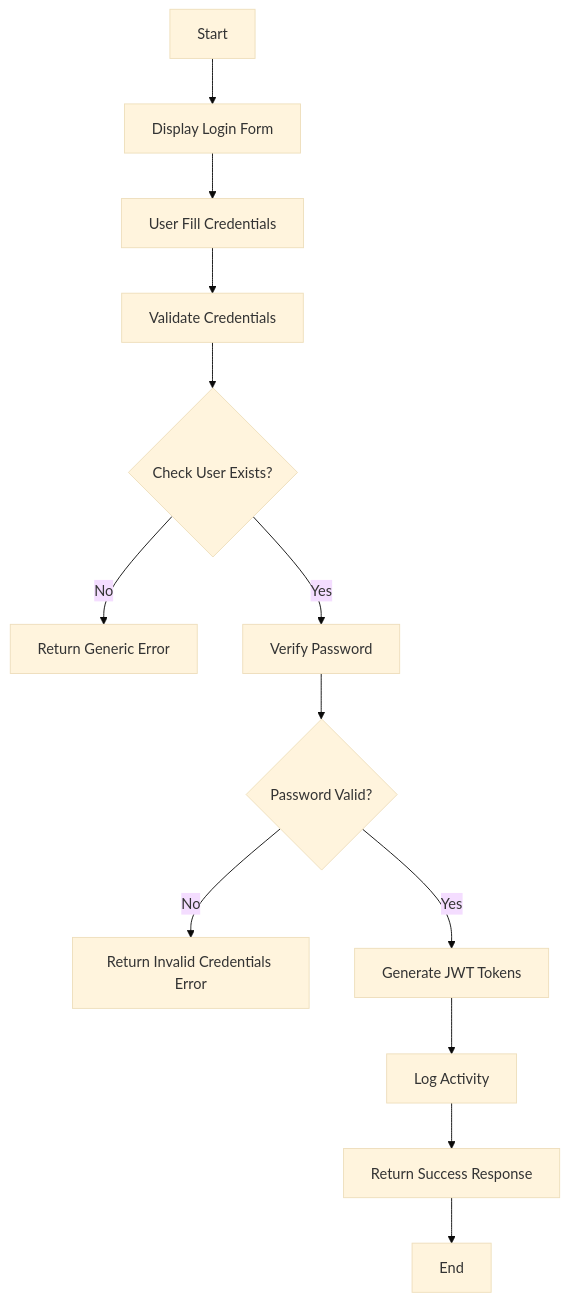
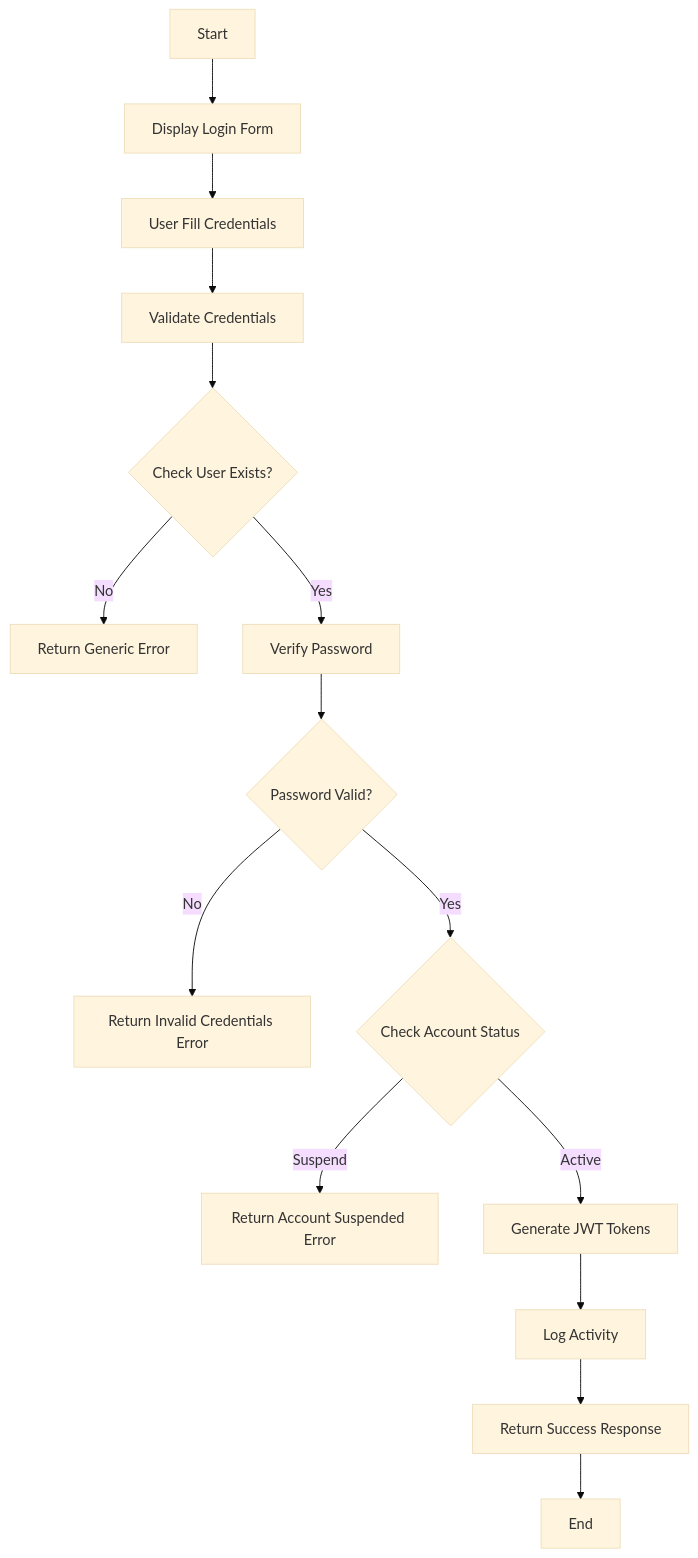
One commit to fadhlimaulidri/bootcamp_automation_3a changed the fifth of 9 diagrams in slides/rfc.md. Above: the diagram before and after it, drawn with Mermaid (base theme). The commit also changed other lines of this file, not shown here.

````diff
--- a/slides/rfc.md
+++ b/slides/rfc.md
@@ -479,29 +479,33 @@
 ```mermaid
 flowchart TD
     Start[Start]
     DisplayForm[Display Login Form]
     UserFill[User Fill Credentials]
     ValidateCreds[Validate Credentials]
     CheckUser{Check User Exists?}
     ReturnGenericError[Return Generic Error]
     VerifyPassword[Verify Password]
     CheckPassword{Password Valid?}
     ReturnInvalidCreds[Return Invalid Credentials Error]
+    CheckStatus{Check Account Status}
+    ReturnSuspended[Return Account Suspended Error]
     GenerateJWT[Generate JWT Tokens]
     LogActivity[Log Activity]
     ReturnSuccess[Return Success Response]
     End[End]
 
     Start --> DisplayForm
     DisplayForm --> UserFill
     UserFill --> ValidateCreds
     ValidateCreds --> CheckUser
     CheckUser -- No --> ReturnGenericError
     CheckUser -- Yes --> VerifyPassword
     VerifyPassword --> CheckPassword
     CheckPassword -- No --> ReturnInvalidCreds
-    CheckPassword -- Yes --> GenerateJWT
+    CheckPassword -- Yes --> CheckStatus
+    CheckStatus -- Suspend --> ReturnSuspended
+    CheckStatus -- Active --> GenerateJWT
     GenerateJWT --> LogActivity
     LogActivity --> ReturnSuccess
     ReturnSuccess --> End
 ```
````
